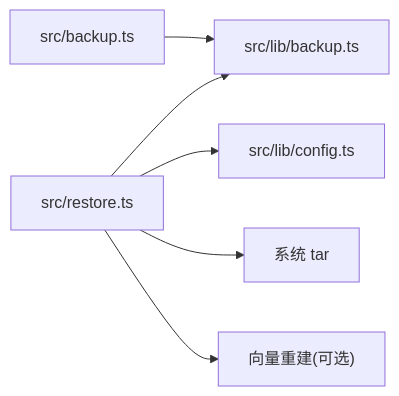
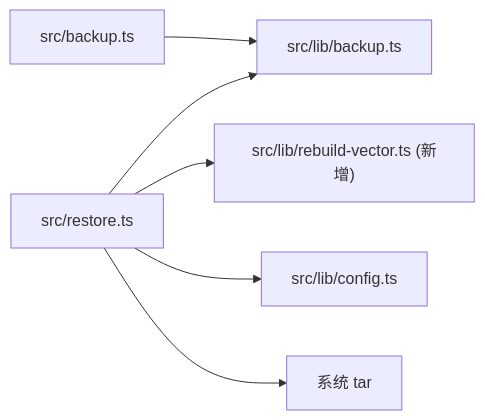
The sixth of 6 diagrams in .qoder/repowiki/zh/content/知识库管理/备份与恢复.md (HACK-WU/kisearch), drawn with Mermaid before and after one commit. The commit also changed other lines of this file and 303 other files, not shown here.

````diff
--- a/.qoder/repowiki/zh/content/知识库管理/备份与恢复.md
+++ b/.qoder/repowiki/zh/content/知识库管理/备份与恢复.md
@@ -278,8 +367,8 @@
 ```mermaid
 graph LR
 BK["src/backup.ts"] --> LB["src/lib/backup.ts"]
 RS["src/restore.ts"] --> LB
+RS --> RV["src/lib/rebuild-vector.ts (新增)"]
 RS --> CFG["src/lib/config.ts"]
 RS --> TAR["系统 tar"]
-RS --> RV["向量重建(可选)"]
 ```
````
